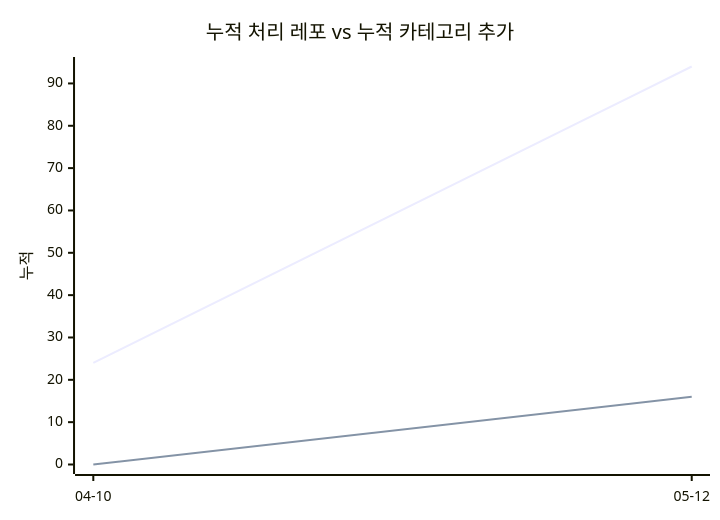
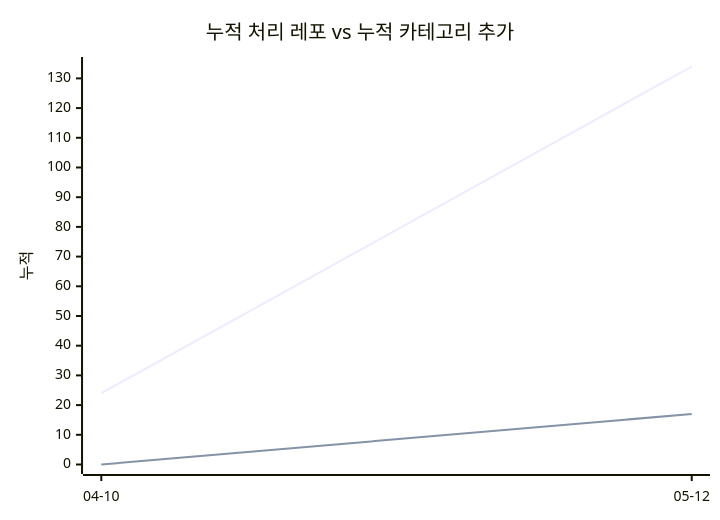
The second of 2 diagrams in docs/trends.md (J-nowcow/awesome-korean-agent-skills), drawn with Mermaid before and after one commit. The commit also changed other lines of this file and 5 other files, not shown here.

````diff
--- a/docs/trends.md
+++ b/docs/trends.md
@@ -56,8 +56,8 @@
 ```mermaid
 xychart-beta
     title "누적 처리 레포 vs 누적 카테고리 추가"
     x-axis ["04-10","05-12"]
     y-axis "누적"
-    line [24,94]
-    line [0,16]
+    line [24,134]
+    line [0,17]
 ```
````
